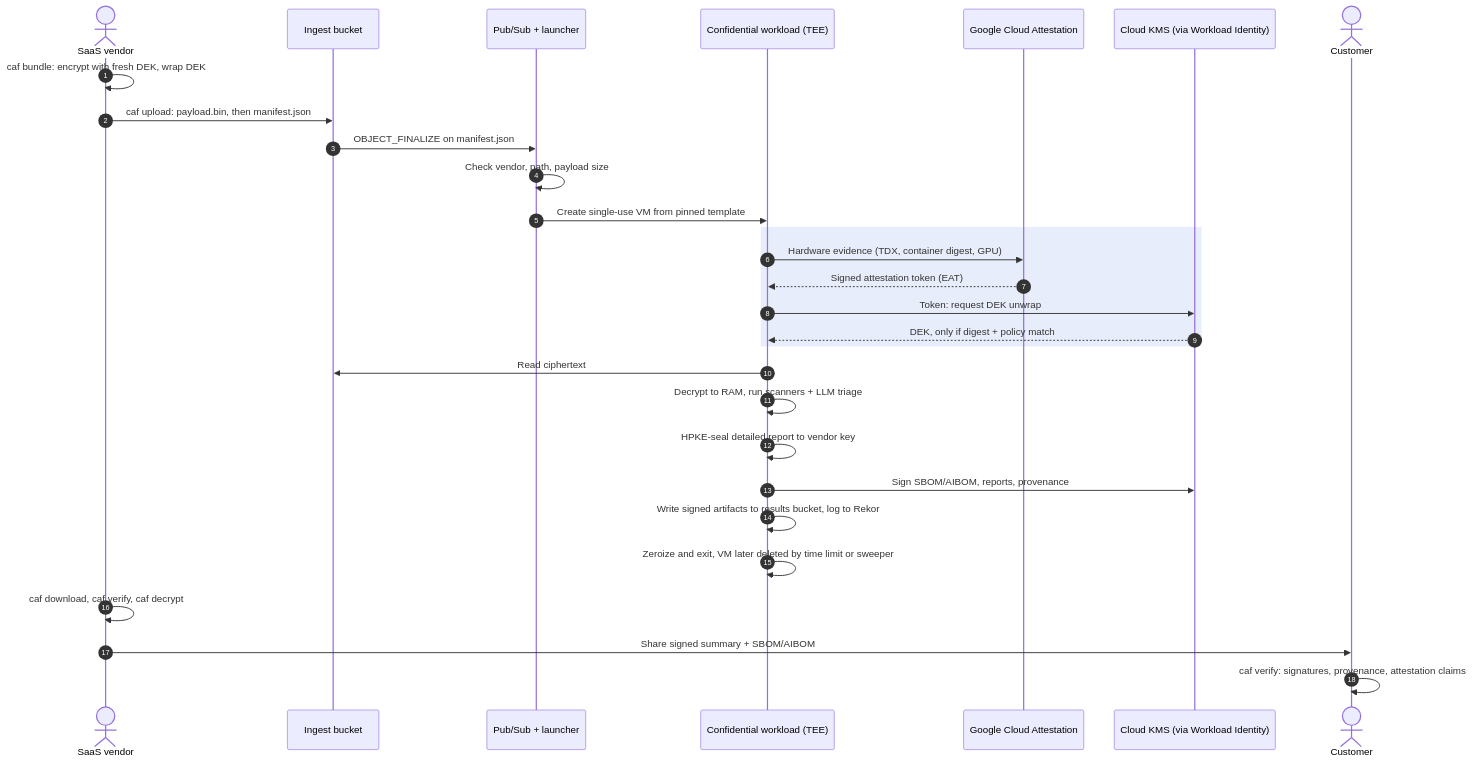
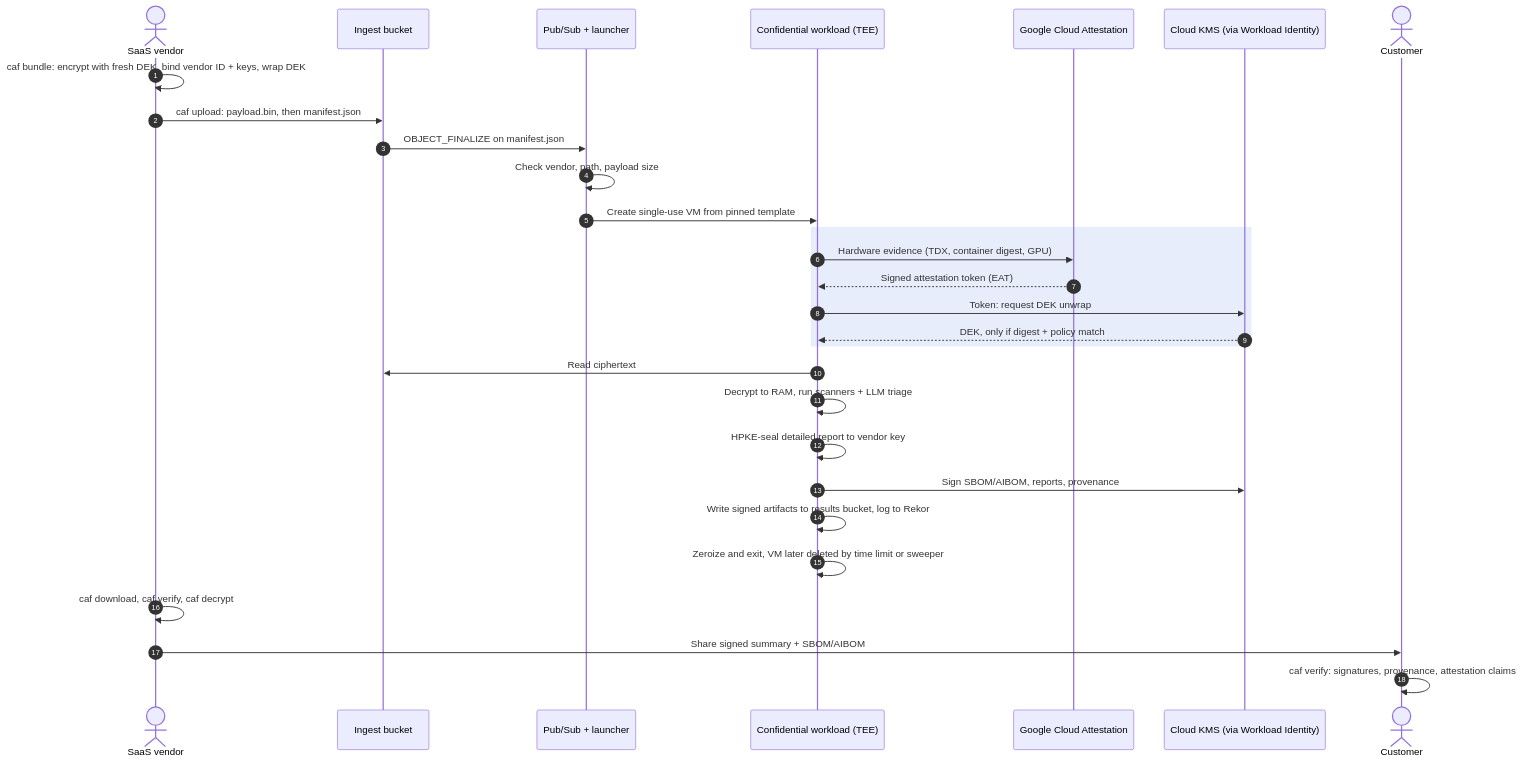
Before and after one commit to confidential-assurance/confidential-assurance-framework: the second of 3 diagrams in docs/diagrams.md, drawn with Mermaid. The commit also changed 11 other files, not shown here.

````diff
--- a/docs/diagrams.md
+++ b/docs/diagrams.md
@@ -67,32 +67,32 @@
 ```mermaid
 sequenceDiagram
     autonumber
     actor V as SaaS vendor
     participant B as Ingest bucket
     participant L as Pub/Sub + launcher
     participant W as Confidential workload (TEE)
     participant A as Google Cloud Attestation
     participant K as Cloud KMS (via Workload Identity)
     actor C as Customer
 
-    V->>V: caf bundle: encrypt with fresh DEK, wrap DEK
+    V->>V: caf bundle: encrypt with fresh DEK, bind vendor ID + keys, wrap DEK
     V->>B: caf upload: payload.bin, then manifest.json
     B->>L: OBJECT_FINALIZE on manifest.json
     L->>L: Check vendor, path, payload size
     L->>W: Create single-use VM from pinned template
     rect rgba(27, 79, 216, 0.10)
         W->>A: Hardware evidence (TDX, container digest, GPU)
         A-->>W: Signed attestation token (EAT)
         W->>K: Token: request DEK unwrap
         K-->>W: DEK, only if digest + policy match
     end
     W->>B: Read ciphertext
     W->>W: Decrypt to RAM, run scanners + LLM triage
     W->>W: HPKE-seal detailed report to vendor key
     W->>K: Sign SBOM/AIBOM, reports, provenance
     W->>W: Write signed artifacts to results bucket, log to Rekor
     W->>W: Zeroize and exit, VM later deleted by time limit or sweeper
     V->>V: caf download, caf verify, caf decrypt
     V->>C: Share signed summary + SBOM/AIBOM
     C->>C: caf verify: signatures, provenance, attestation claims
 ```
````
